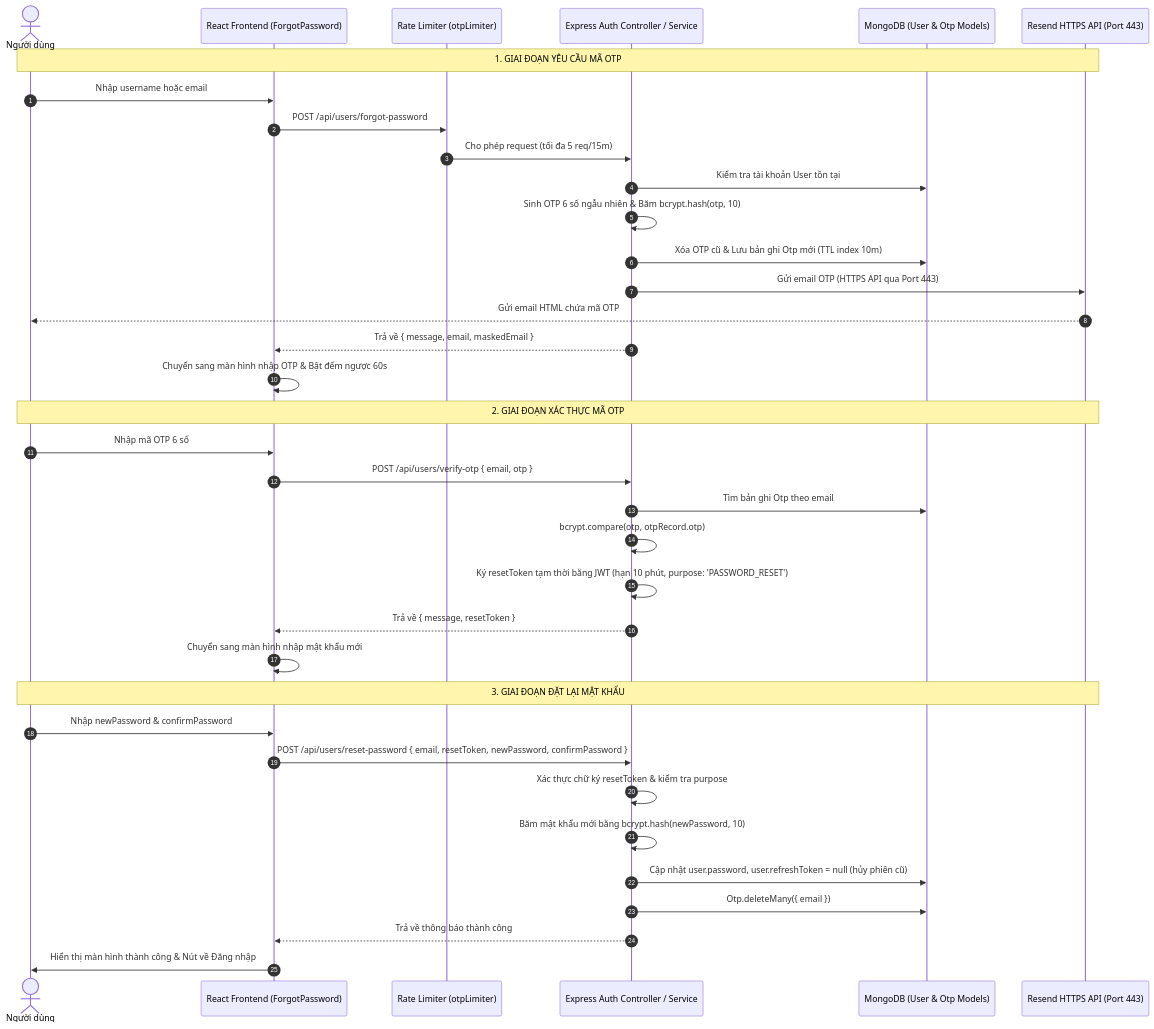
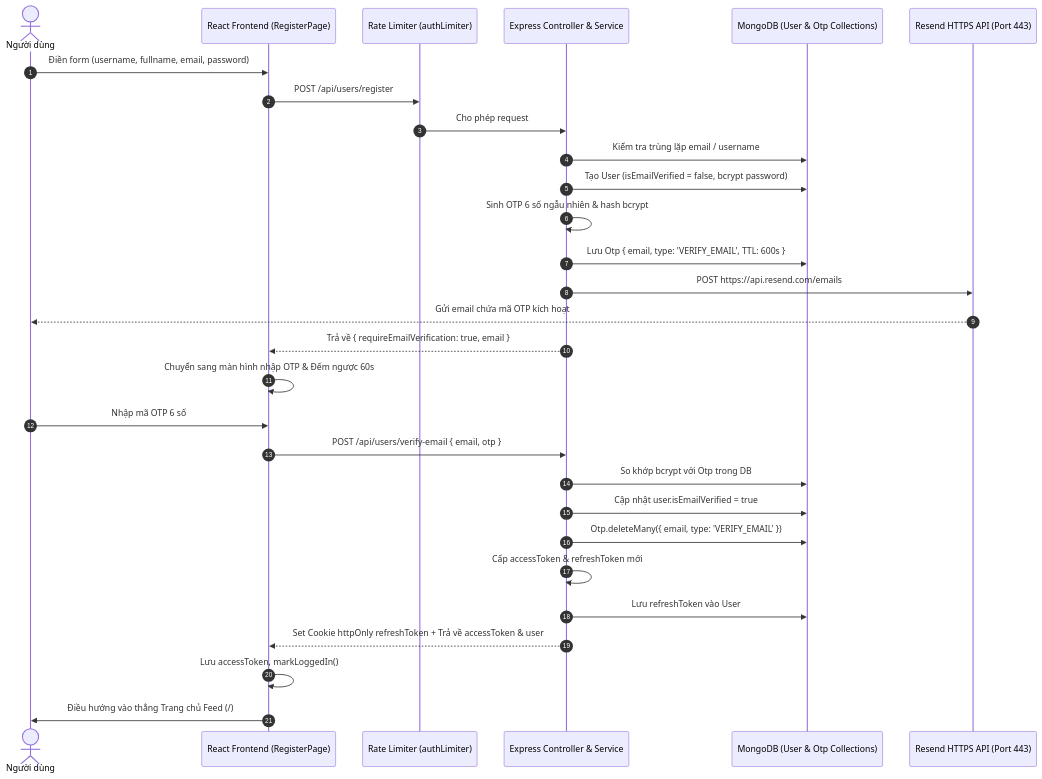
Before and after one commit to lebao2612/E-Communi: the first of 3 diagrams in docs/01-auth-user-management.md, drawn with Mermaid. The commit also changed other lines of this file and 1 other file, not shown here.

Commit message:
docs: update full architecture specifications for Auth and User Management

````diff
--- a/docs/01-auth-user-management.md
+++ b/docs/01-auth-user-management.md
@@ -14,41 +42,33 @@
 ```mermaid
 sequenceDiagram
     autonumber
     actor User as Người dùng
-    participant FE as React Frontend (ForgotPassword)
-    participant Limiter as Rate Limiter (otpLimiter)
-    participant AuthAPI as Express Auth Controller / Service
-    participant DB as MongoDB (User & Otp Models)
-    participant EmailService as Resend HTTPS API (Port 443)
+    participant FE as React Frontend (RegisterPage)
+    participant Limiter as Rate Limiter (authLimiter)
+    participant AuthAPI as Express Controller & Service
+    participant DB as MongoDB (User & Otp Collections)
+    participant Resend as Resend HTTPS API (Port 443)
 
-    Note over User,EmailService: 1. GIAI ĐOẠN YÊU CẦU MÃ OTP
-    User->>FE: Nhập username hoặc email
-    FE->>Limiter: POST /api/users/forgot-password
-    Limiter->>AuthAPI: Cho phép request (tối đa 5 req/15m)
-    AuthAPI->>DB: Kiểm tra tài khoản User tồn tại
-    AuthAPI->>AuthAPI: Sinh OTP 6 số ngẫu nhiên & Băm bcrypt.hash(otp, 10)
-    AuthAPI->>DB: Xóa OTP cũ & Lưu bản ghi Otp mới (TTL index 10m)
-    AuthAPI->>EmailService: Gửi email OTP (HTTPS API qua Port 443)
-    EmailService-->>User: Gửi email HTML chứa mã OTP
-    AuthAPI-->>FE: Trả về { message, email, maskedEmail }
-    FE->>FE: Chuyển sang màn hình nhập OTP & Bật đếm ngược 60s
-
-    Note over User,EmailService: 2. GIAI ĐOẠN XÁC THỰC MÃ OTP
+    User->>FE: Điền form (username, fullname, email, password)
+    FE->>Limiter: POST /api/users/register
+    Limiter->>AuthAPI: Cho phép request
+    AuthAPI->>DB: Kiểm tra trùng lặp email / username
+    AuthAPI->>DB: Tạo User (isEmailVerified = false, bcrypt password)
+    AuthAPI->>AuthAPI: Sinh OTP 6 số ngẫu nhiên & hash bcrypt
+    AuthAPI->>DB: Lưu Otp { email, type: 'VERIFY_EMAIL', TTL: 600s }
+    AuthAPI->>Resend: POST https://api.resend.com/emails
+    Resend-->>User: Gửi email chứa mã OTP kích hoạt
+    AuthAPI-->>FE: Trả về { requireEmailVerification: true, email }
+    FE->>FE: Chuyển sang màn hình nhập OTP & Đếm ngược 60s
+    
     User->>FE: Nhập mã OTP 6 số
-    FE->>AuthAPI: POST /api/users/verify-otp { email, otp }
-    AuthAPI->>DB: Tìm bản ghi Otp theo email
-    AuthAPI->>AuthAPI: bcrypt.compare(otp, otpRecord.otp)
-    AuthAPI->>AuthAPI: Ký resetToken tạm thời bằng JWT (hạn 10 phút, purpose: 'PASSWORD_RESET')
-    AuthAPI-->>FE: Trả về { message, resetToken }
-    FE->>FE: Chuyển sang màn hình nhập mật khẩu mới
-
-    Note over User,EmailService: 3. GIAI ĐOẠN ĐẶT LẠI MẬT KHẨU
-    User->>FE: Nhập newPassword & confirmPassword
-    FE->>AuthAPI: POST /api/users/reset-password { email, resetToken, newPassword, confirmPassword }
-    AuthAPI->>AuthAPI: Xác thực chữ ký resetToken & kiểm tra purpose
-    AuthAPI->>AuthAPI: Băm mật khẩu mới bằng bcrypt.hash(newPassword, 10)
-    AuthAPI->>DB: Cập nhật user.password, user.refreshToken = null (hủy phiên cũ)
-    AuthAPI->>DB: Otp.deleteMany({ email })
-    AuthAPI-->>FE: Trả về thông báo thành công
-    FE->>User: Hiển thị màn hình thành công & Nút về Đăng nhập
+    FE->>AuthAPI: POST /api/users/verify-email { email, otp }
+    AuthAPI->>DB: So khớp bcrypt với Otp trong DB
+    AuthAPI->>DB: Cập nhật user.isEmailVerified = true
+    AuthAPI->>DB: Otp.deleteMany({ email, type: 'VERIFY_EMAIL' })
+    AuthAPI->>AuthAPI: Cấp accessToken & refreshToken mới
+    AuthAPI->>DB: Lưu refreshToken vào User
+    AuthAPI-->>FE: Set Cookie httpOnly refreshToken + Trả về accessToken & user
+    FE->>FE: Lưu accessToken, markLoggedIn()
+    FE->>User: Điều hướng vào thẳng Trang chủ Feed (/)
 ```
````
